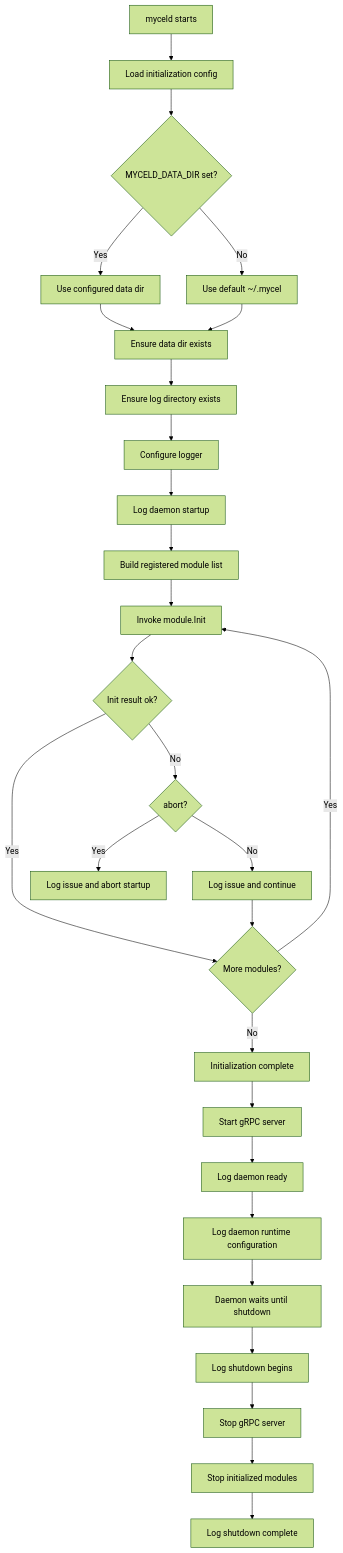
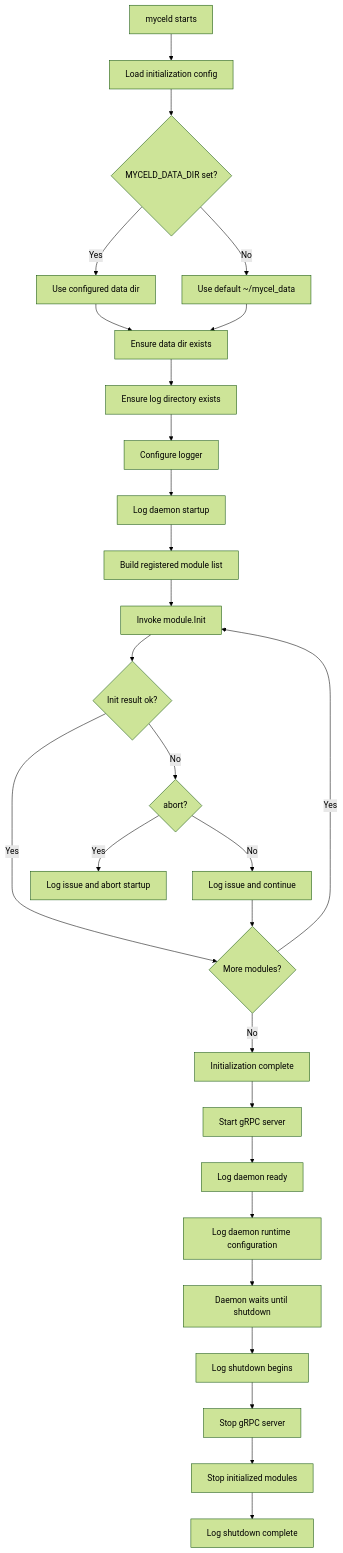
The first of 2 diagrams in docs/v2/design/initialization.md (MycelDB/mycel), drawn with Mermaid (forest theme) before and after one commit. The commit also changed other lines of this file and 3 other files, not shown here.

Commit message:
chore: default myceld data dir to mycel_data

````diff
--- a/docs/v2/design/initialization.md
+++ b/docs/v2/design/initialization.md
@@ -206,30 +206,30 @@
 ```mermaid
 flowchart TD
   A[myceld starts] --> B[Load initialization config]
   B --> C{MYCELD_DATA_DIR set?}
   C -- Yes --> D[Use configured data dir]
-  C -- No --> E[Use default ~/.mycel]
+  C -- No --> E[Use default ~/mycel_data]
   D --> F[Ensure data dir exists]
   E --> F
   F --> G[Ensure log directory exists]
   G --> H[Configure logger]
   H --> I[Log daemon startup]
   I --> J[Build registered module list]
   J --> K[Invoke module.Init]
   K --> L{Init result ok?}
   L -- Yes --> M{More modules?}
   L -- No --> N{abort?}
   N -- Yes --> O[Log issue and abort startup]
   N -- No --> P[Log issue and continue]
   P --> M
   M -- Yes --> K
   M -- No --> Q[Initialization complete]
   Q --> R[Start gRPC server]
   R --> S[Log daemon ready]
   S --> T[Log daemon runtime configuration]
   T --> U[Daemon waits until shutdown]
   U --> V[Log shutdown begins]
   V --> W[Stop gRPC server]
   W --> X[Stop initialized modules]
   X --> Y[Log shutdown complete]
 ```
````
